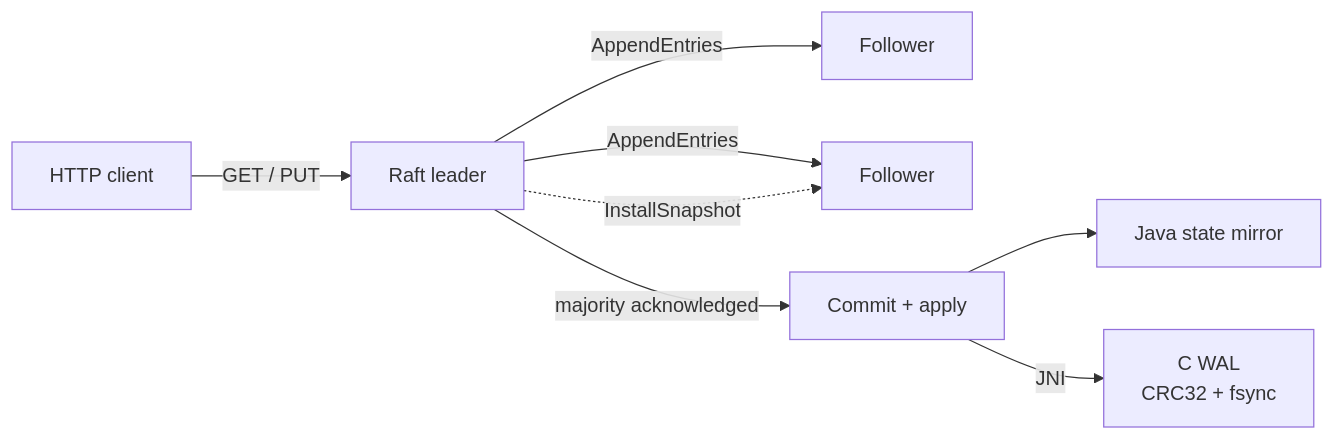
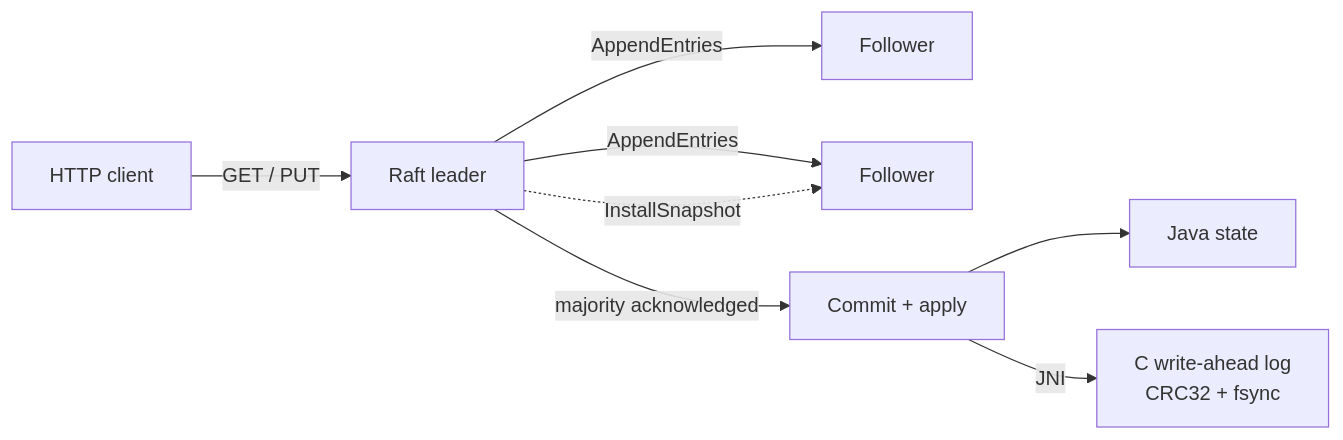
Before and after one commit to EesherJ39/raft-kv: the diagram in README.md, drawn with Mermaid. The commit also changed other lines of this file, not shown here.

````diff
--- a/README.md
+++ b/README.md
@@ -30,10 +62,10 @@
 ```mermaid
 flowchart LR
     C[HTTP client] -->|GET / PUT| L[Raft leader]
     L -->|AppendEntries| F1[Follower]
     L -->|AppendEntries| F2[Follower]
     L -->|majority acknowledged| M[Commit + apply]
-    M --> J[Java state mirror]
-    M -->|JNI| W[C WAL<br/>CRC32 + fsync]
+    M --> J[Java state]
+    M -->|JNI| W[C write-ahead log<br/>CRC32 + fsync]
     L -.->|InstallSnapshot| F2
 ```
````
